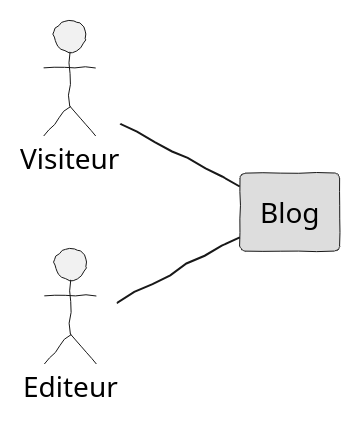
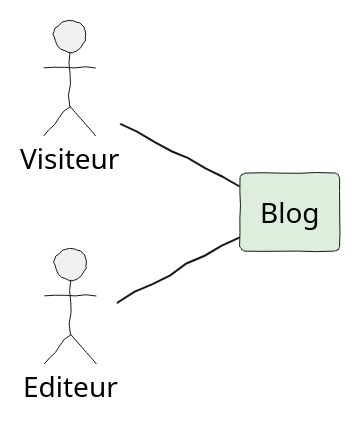
The first of 6 diagrams in README_src.md (YPetremann/BlogWriter), drawn with PlantUML before and after one commit. The commit also changed other lines of this file and 7 other files, not shown here.

````diff
--- a/README_src.md
+++ b/README_src.md
@@ -51,23 +51,23 @@
 ```puml {filename="users.png"}
 @startuml
 
-skinparam monochrome true
-skinparam shadowing false
-skinparam handwritten true
-skinparam defaultFontName Comic Sans MS
+	'skinparam monochrome true
+	skinparam shadowing false
+	skinparam handwritten true
+	skinparam defaultFontName Comic Sans MS
 
-skinparam linetype polyline
-skinparam packageBackgroundColor #DDDDDD
+	skinparam linetype polyline
+	skinparam packageBackgroundColor #DDDDDD
 
-left to right direction
+	left to right direction
 
-actor Visiteur
-actor Editeur
+	actor Visiteur
+	actor Editeur
 
-rectangle Blog #DDDDDD
+	rectangle Blog #DDEEDD
 
-Visiteur -- Blog
-Editeur -- Blog
+	Visiteur -- Blog
+	Editeur -- Blog
 
 @enduml
 ```
````
